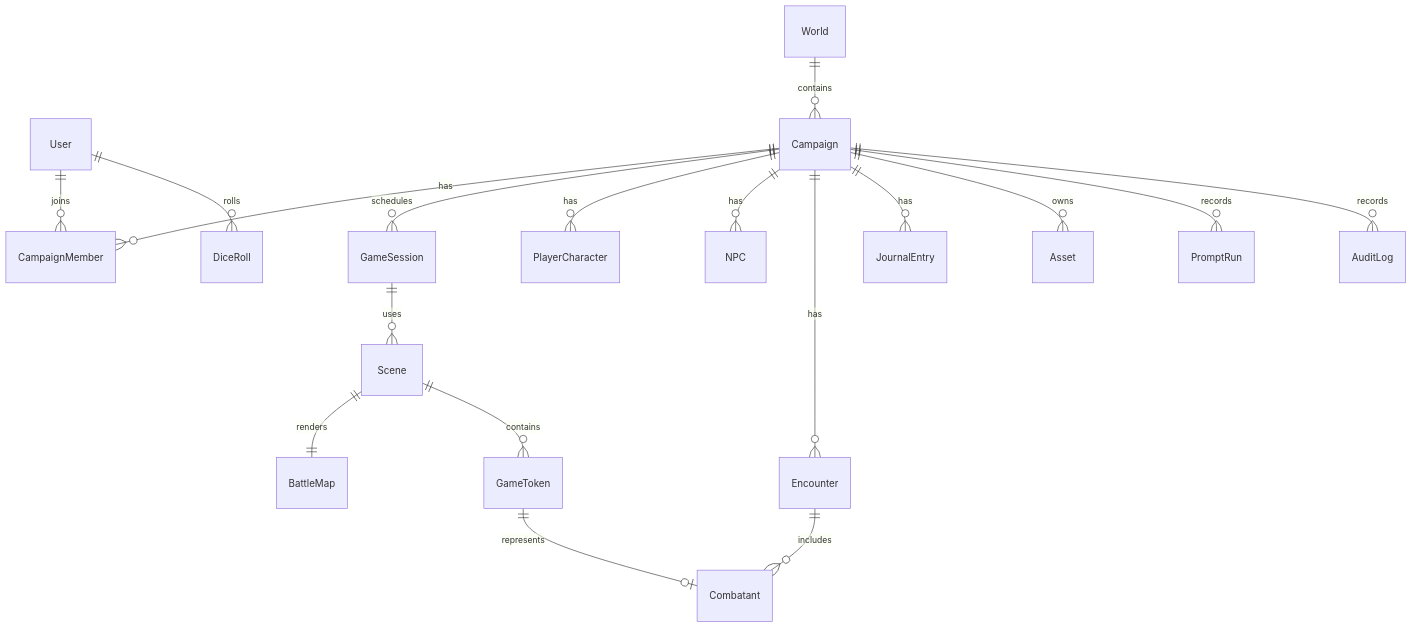
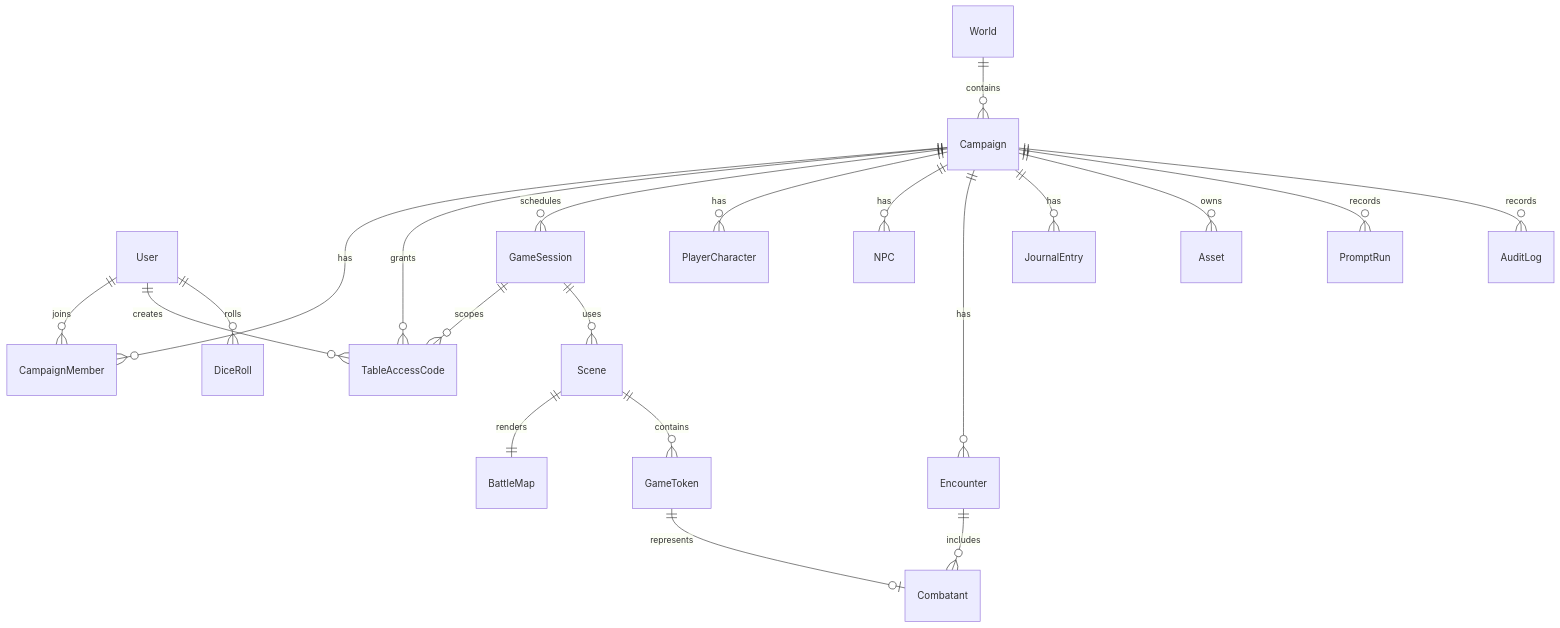
Before and after one commit to jms2o/dm-interactive-table: the diagram in docs/database/Database-Design.md, drawn with Mermaid. The commit also changed other lines of this file and 66 other files, not shown here.

````diff
--- a/docs/database/Database-Design.md
+++ b/docs/database/Database-Design.md
@@ -18,20 +18,23 @@
 ```mermaid
 erDiagram
   User ||--o{ CampaignMember : joins
+  User ||--o{ TableAccessCode : creates
   Campaign ||--o{ CampaignMember : has
+  Campaign ||--o{ TableAccessCode : grants
   World ||--o{ Campaign : contains
   Campaign ||--o{ GameSession : schedules
+  GameSession ||--o{ TableAccessCode : scopes
   Campaign ||--o{ PlayerCharacter : has
   Campaign ||--o{ NPC : has
   Campaign ||--o{ Encounter : has
   Campaign ||--o{ JournalEntry : has
   GameSession ||--o{ Scene : uses
   Scene ||--|| BattleMap : renders
   Scene ||--o{ GameToken : contains
   Encounter ||--o{ Combatant : includes
   GameToken ||--o| Combatant : represents
   User ||--o{ DiceRoll : rolls
   Campaign ||--o{ Asset : owns
   Campaign ||--o{ PromptRun : records
   Campaign ||--o{ AuditLog : records
 ```
````
